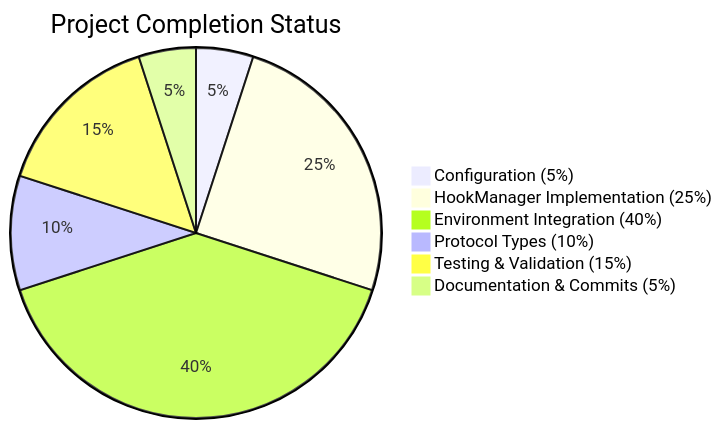
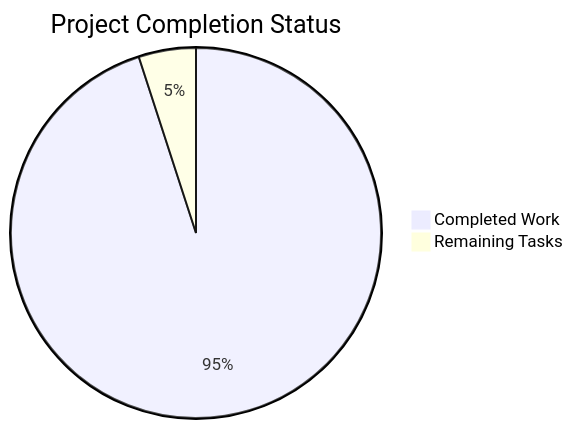
One commit to SamuelBrudner/plume_nav_sim changed the diagram in blitzy/documentation/Project Guide.md. Above: the diagram before and after it, drawn with Mermaid. The commit also changed other lines of this file, not shown here.

Commit message:
Adding Blitzy Project Guide: Project Status and Human Tasks Remaining

````diff
--- a/blitzy/documentation/Project Guide.md
+++ b/blitzy/documentation/Project Guide.md
@@ -105,9 +24,5 @@
 ```mermaid
 pie title Project Completion Status
-    "Configuration (5%)" : 5
-    "HookManager Implementation (25%)" : 25
-    "Environment Integration (40%)" : 40
-    "Protocol Types (10%)" : 10
-    "Testing & Validation (15%)" : 15
-    "Documentation & Commits (5%)" : 5
+    "Completed Work" : 285
+    "Remaining Tasks" : 15
 ```
````
